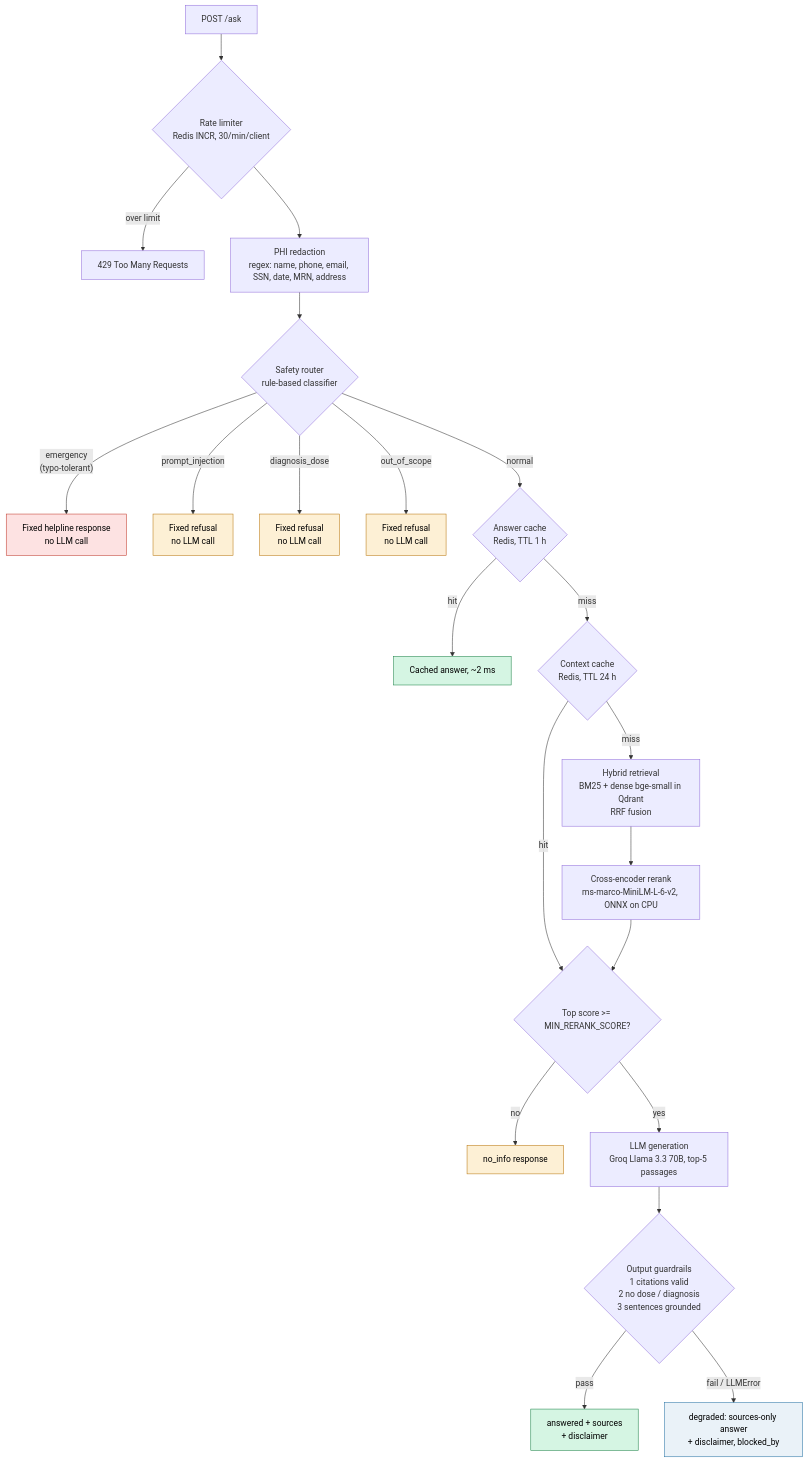
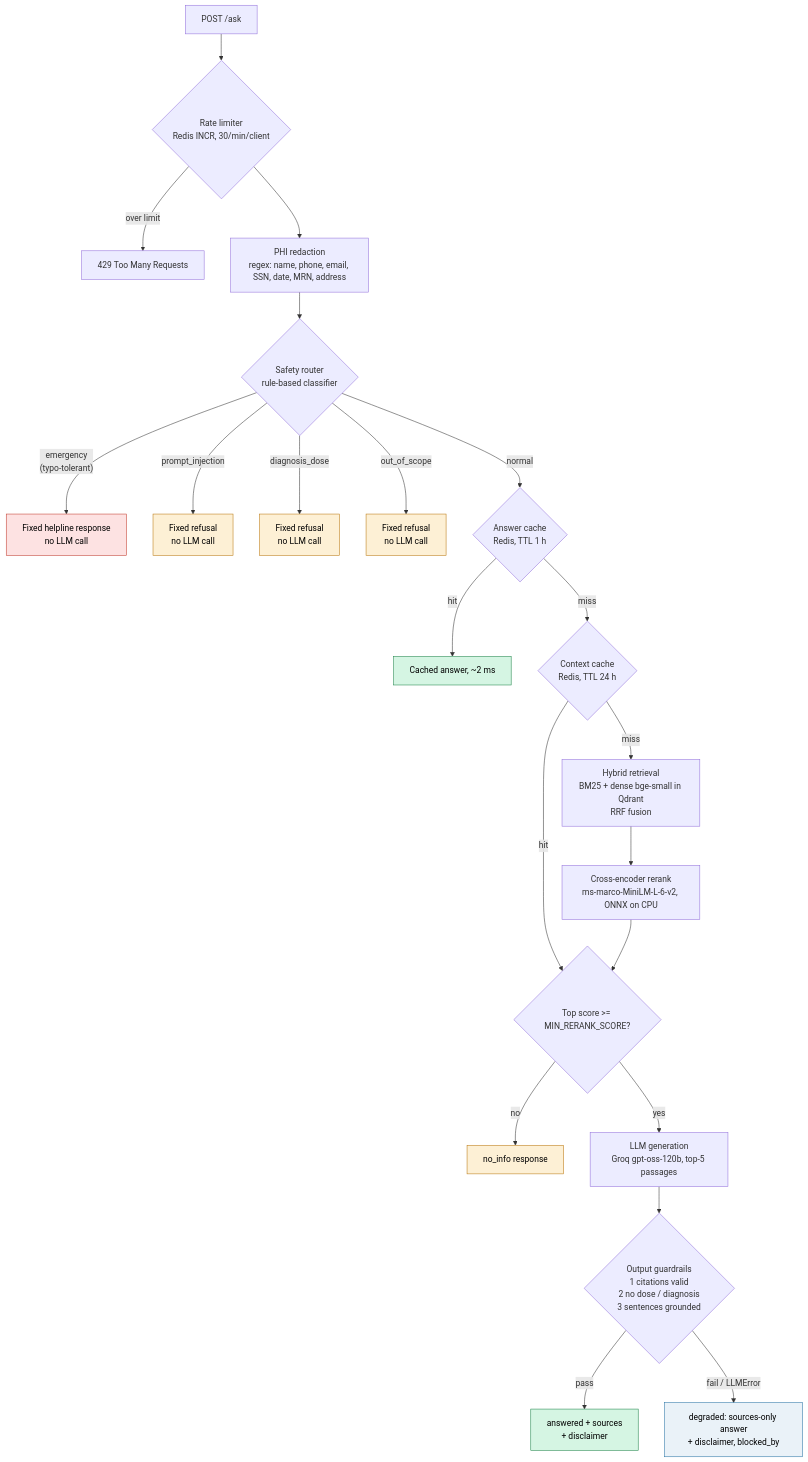
One commit to pavanaditya123/healthcare-rag-assistant changed the first of 14 diagrams in README.md. Above: the diagram before and after it, drawn with Mermaid. The commit also changed other lines of this file, not shown here.

````diff
--- a/README.md
+++ b/README.md
@@ -63,32 +63,32 @@
 ```mermaid
 flowchart TD
     Q["POST /ask"] --> RL{"Rate limiter<br/>Redis INCR, 30/min/client"}
     RL -- "over limit" --> R429["429 Too Many Requests"]
     RL --> PHI["PHI redaction<br/>regex: name, phone, email, SSN, date, MRN, address"]
     PHI --> SR{"Safety router<br/>rule-based classifier"}
     SR -- "emergency<br/>(typo-tolerant)" --> EM["Fixed helpline response<br/>no LLM call"]
     SR -- "prompt_injection" --> PI["Fixed refusal<br/>no LLM call"]
     SR -- "diagnosis_dose" --> DD["Fixed refusal<br/>no LLM call"]
     SR -- "out_of_scope" --> OS["Fixed refusal<br/>no LLM call"]
     SR -- "normal" --> AC{"Answer cache<br/>Redis, TTL 1 h"}
     AC -- "hit" --> HIT["Cached answer, ~2 ms"]
     AC -- "miss" --> CC{"Context cache<br/>Redis, TTL 24 h"}
     CC -- "hit" --> TH
     CC -- "miss" --> HR["Hybrid retrieval<br/>BM25 + dense bge-small in Qdrant<br/>RRF fusion"]
     HR --> CE["Cross-encoder rerank<br/>ms-marco-MiniLM-L-6-v2, ONNX on CPU"]
     CE --> TH{"Top score >= MIN_RERANK_SCORE?"}
     TH -- "no" --> NI["no_info response"]
-    TH -- "yes" --> LLM["LLM generation<br/>Groq Llama 3.3 70B, top-5 passages"]
+    TH -- "yes" --> LLM["LLM generation<br/>Groq gpt-oss-120b, top-5 passages"]
     LLM --> OG{"Output guardrails<br/>1 citations valid<br/>2 no dose / diagnosis<br/>3 sentences grounded"}
     OG -- "pass" --> OK["answered + sources<br/>+ disclaimer"]
     OG -- "fail / LLMError" --> DG["degraded: sources-only answer<br/>+ disclaimer, blocked_by"]
 
     style EM fill:#fde2e2,stroke:#c0392b,color:#000
     style DD fill:#fdf0d5,stroke:#b9770e,color:#000
     style PI fill:#fdf0d5,stroke:#b9770e,color:#000
     style OS fill:#fdf0d5,stroke:#b9770e,color:#000
     style NI fill:#fdf0d5,stroke:#b9770e,color:#000
     style OK fill:#d5f5e3,stroke:#1e8449,color:#000
     style HIT fill:#d5f5e3,stroke:#1e8449,color:#000
     style DG fill:#eaf2f8,stroke:#2471a3,color:#000
 ```
````
